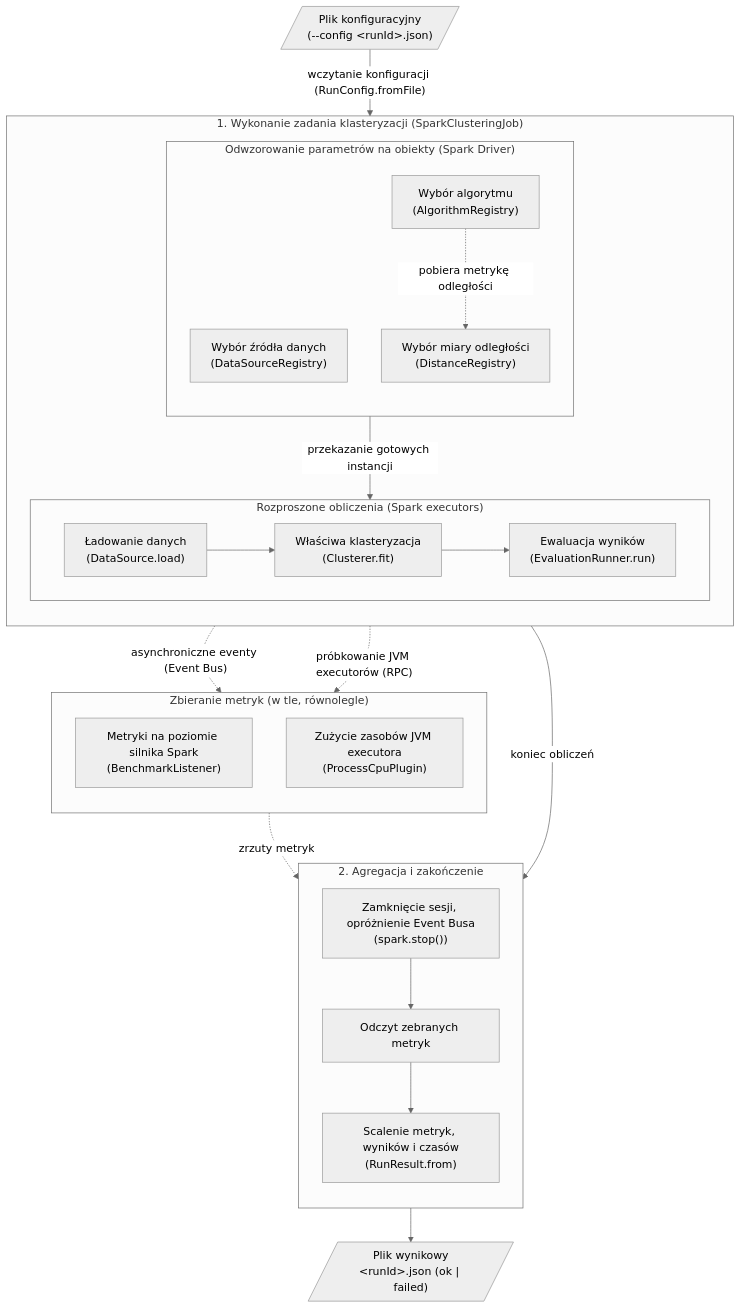
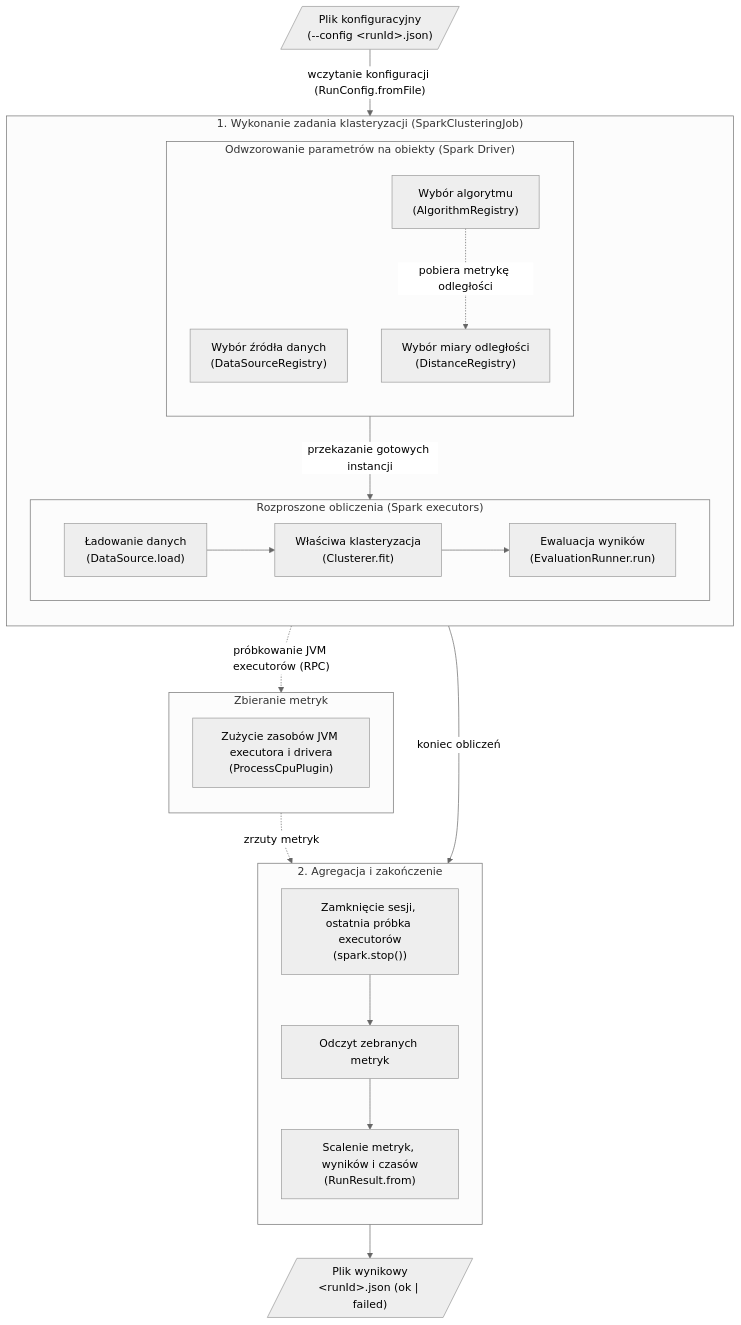
Before and after one commit to natix-x/spark-clustering-algorithms: the diagram in README.md, drawn with Mermaid (neutral theme). The commit also changed other lines of this file and 3 other files, not shown here.

````diff
--- a/README.md
+++ b/README.md
@@ -37,48 +61,46 @@
 ```mermaid
 flowchart TD
   CONF[/"Plik konfiguracyjny<br/>(--config &lt;runId&gt;.json)"/] -->|"wczytanie konfiguracji (RunConfig.fromFile)"| JOB
 
   subgraph JOB ["1. Wykonanie zadania klasteryzacji (SparkClusteringJob)"]
     direction TB
 
     subgraph REG ["Odwzorowanie parametrów na obiekty (Spark Driver)"]
       direction TB
       DSR["Wybór źródła danych<br/>(DataSourceRegistry)"]
       ALGOR["Wybór algorytmu<br/>(AlgorithmRegistry)"]
       DIST["Wybór miary odległości<br/>(DistanceRegistry)"]
 
       ALGOR -.->|"pobiera metrykę odległości"| DIST
     end
 
     subgraph CLUSTER ["Rozproszone obliczenia (Spark executors)"]
       direction LR
       LOAD["Ładowanie danych<br/>(DataSource.load)"] --> FIT["Właściwa klasteryzacja<br/>(Clusterer.fit)"] --> EVAL["Ewaluacja wyników<br/>(EvaluationRunner.run)"]
     end
 
     REG -->|"przekazanie gotowych instancji"| LOAD
   end
 
-  subgraph TELE ["Zbieranie metryk (w tle, równolegle)"]
+  subgraph TELE ["Zbieranie metryk"]
     direction TB
-    BL["Metryki na poziomie silnika Spark<br/>(BenchmarkListener)"]
-    PCP["Zużycie zasobów JVM executora<br/>(ProcessCpuPlugin)"]
+    PCP["Zużycie zasobów JVM executora i drivera<br/>(ProcessCpuPlugin)"]
   end
 
-  CLUSTER -.->|"asynchroniczne eventy (Event Bus)"| BL
   CLUSTER -.->|"próbkowanie JVM executorów (RPC)"| PCP
 
   CLUSTER -->|"koniec obliczeń"| STOP
 
   subgraph FINISH ["2. Agregacja i zakończenie"]
     direction TB
-    STOP["Zamknięcie sesji, opróżnienie Event Busa<br/>(spark.stop())"]
+    STOP["Zamknięcie sesji, ostatnia próbka executorów<br/>(spark.stop())"]
     READ["Odczyt zebranych metryk"]
     RES["Scalenie metryk, wyników i czasów<br/>(RunResult.from)"]
 
     STOP --> READ
     READ --> RES
   end
 
   TELE -.->|"zrzuty metryk"| READ
   RES --> OUT[/"Plik wynikowy<br/>&lt;runId&gt;.json (ok | failed)"/]
 ```
````
